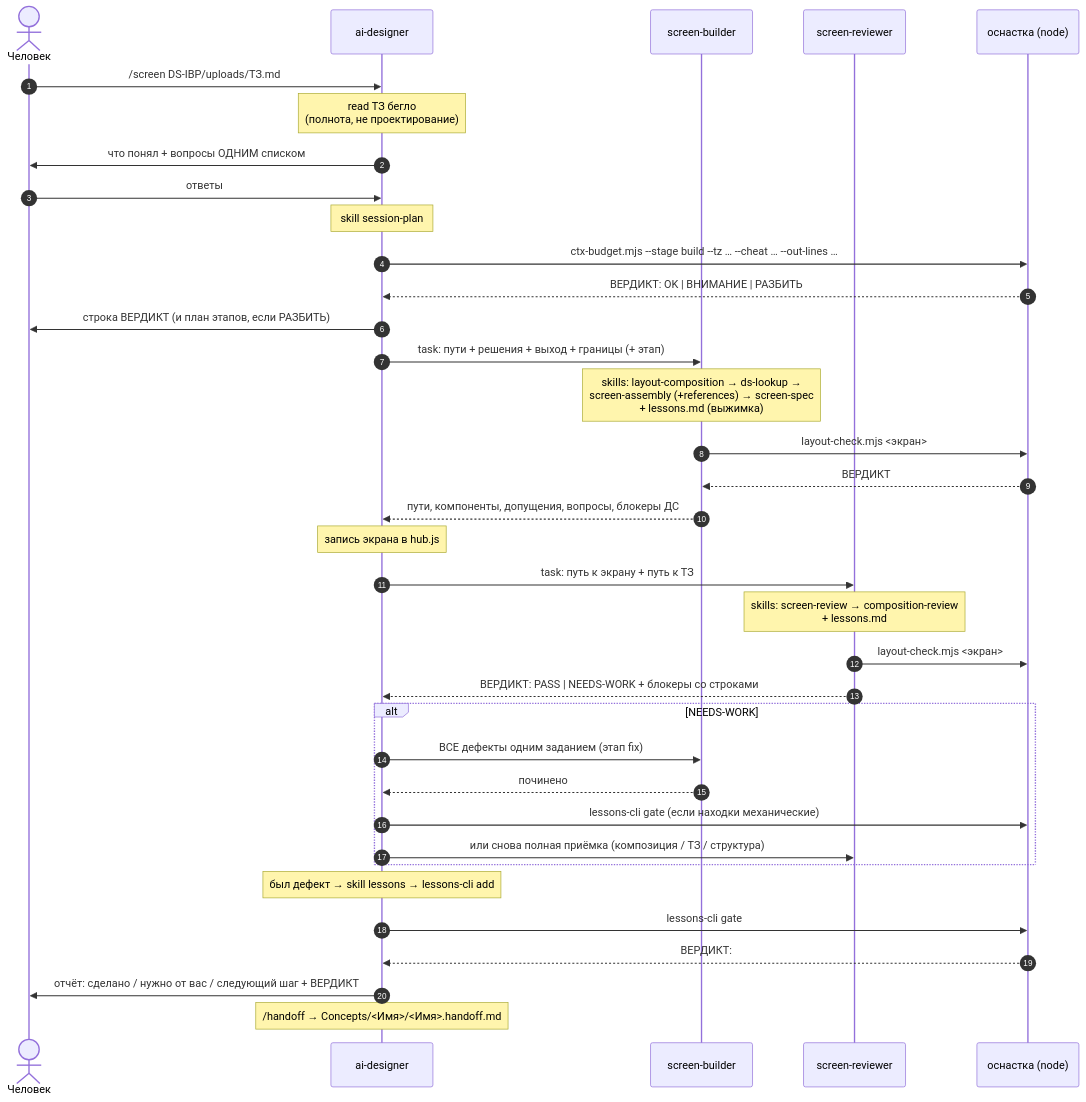
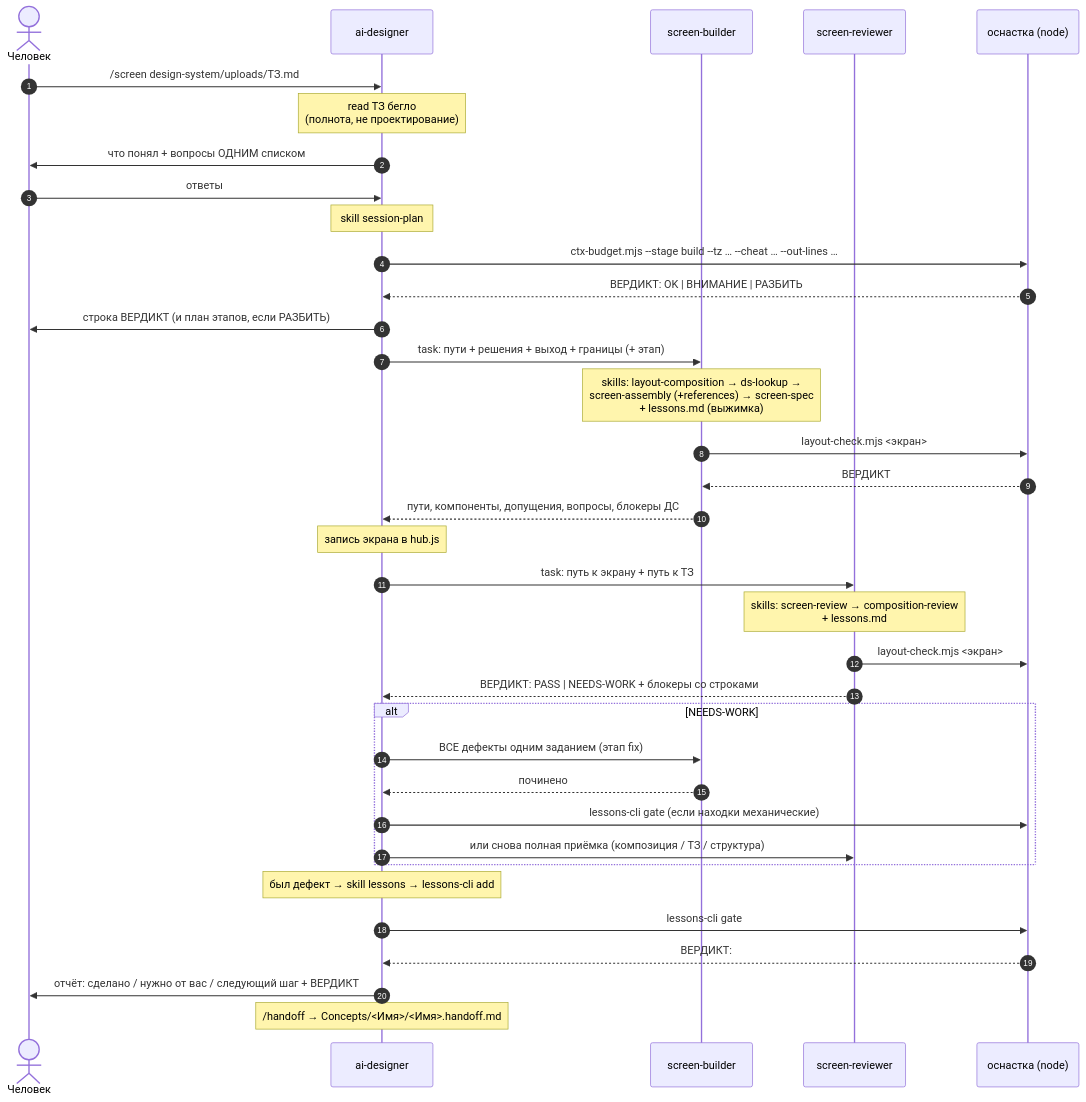
One commit to sarosekml/ibp-design-project changed the third of 4 diagrams in docs/agent-ai-designer-working-process.md. Above: the diagram before and after it, drawn with Mermaid. The commit also changed other lines of this file and 482 other files, not shown here.

````diff
--- a/docs/agent-ai-designer-working-process.md
+++ b/docs/agent-ai-designer-working-process.md
@@ -168,43 +168,43 @@
 ```mermaid
 sequenceDiagram
     autonumber
     actor H as Человек
     participant D as ai-designer
     participant B as screen-builder
     participant R as screen-reviewer
     participant T as оснастка (node)
 
-    H->>D: /screen DS-IBP/uploads/ТЗ.md
+    H->>D: /screen design-system/uploads/ТЗ.md
     Note over D: read ТЗ бегло<br/>(полнота, не проектирование)
     D->>H: что понял + вопросы ОДНИМ списком
     H->>D: ответы
     Note over D: skill session-plan
     D->>T: ctx-budget.mjs --stage build --tz … --cheat … --out-lines …
     T-->>D: ВЕРДИКТ: OK | ВНИМАНИЕ | РАЗБИТЬ
     D->>H: строка ВЕРДИКТ (и план этапов, если РАЗБИТЬ)
 
     D->>B: task: пути + решения + выход + границы (+ этап)
     Note over B: skills: layout-composition → ds-lookup →<br/>screen-assembly (+references) → screen-spec<br/>+ lessons.md (выжимка)
     B->>T: layout-check.mjs <экран>
     T-->>B: ВЕРДИКТ
     B-->>D: пути, компоненты, допущения, вопросы, блокеры ДС
     Note over D: запись экрана в hub.js
 
     D->>R: task: путь к экрану + путь к ТЗ
     Note over R: skills: screen-review → composition-review<br/>+ lessons.md
     R->>T: layout-check.mjs <экран>
     R-->>D: ВЕРДИКТ: PASS | NEEDS-WORK + блокеры со строками
 
     alt NEEDS-WORK
         D->>B: ВСЕ дефекты одним заданием (этап fix)
         B-->>D: починено
         D->>T: lessons-cli gate (если находки механические)
         D->>R: или снова полная приёмка (композиция / ТЗ / структура)
     end
 
     Note over D: был дефект → skill lessons → lessons-cli add
     D->>T: lessons-cli gate
     T-->>D: ВЕРДИКТ:
     D->>H: отчёт: сделано / нужно от вас / следующий шаг + ВЕРДИКТ
     Note over D: /handoff → Concepts/<Имя>/<Имя>.handoff.md
 ```
````
